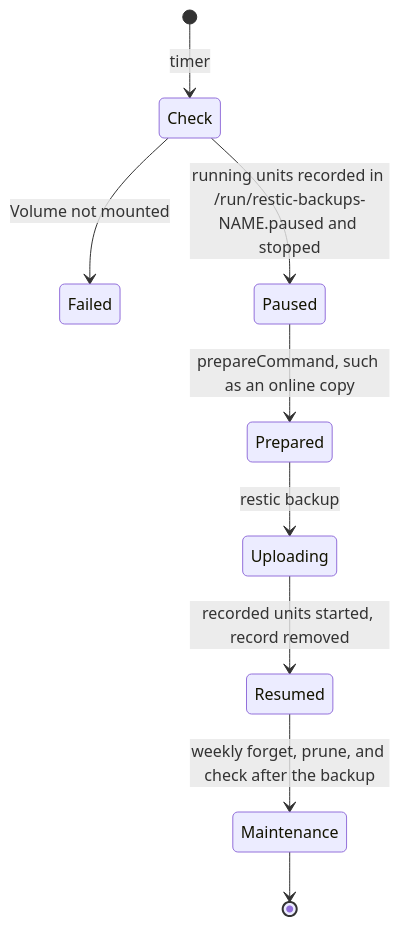
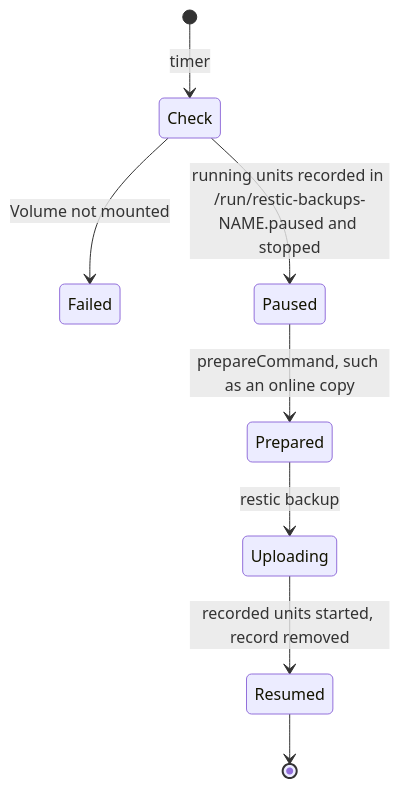
Diagram 11 of 22 in docs/state-machines.md (jeiang/.dotfiles), drawn with Mermaid before and after one commit. The commit also changed other lines of this file and 1 other file, not shown here.

First line of the commit message:
docs: correct the backup and Volume guard diagrams

````diff
--- a/docs/state-machines.md
+++ b/docs/state-machines.md
@@ -179,11 +180,10 @@
 ```mermaid
 stateDiagram-v2
     [*] --> Check: timer
     Check --> Failed: Volume not mounted
     Check --> Paused: running units recorded in /run/restic-backups-NAME.paused and stopped
     Paused --> Prepared: prepareCommand, such as an online copy
     Prepared --> Uploading: restic backup
     Uploading --> Resumed: recorded units started, record removed
-    Resumed --> Maintenance: weekly forget, prune, and check after the backup
-    Maintenance --> [*]
+    Resumed --> [*]
 ```
````
